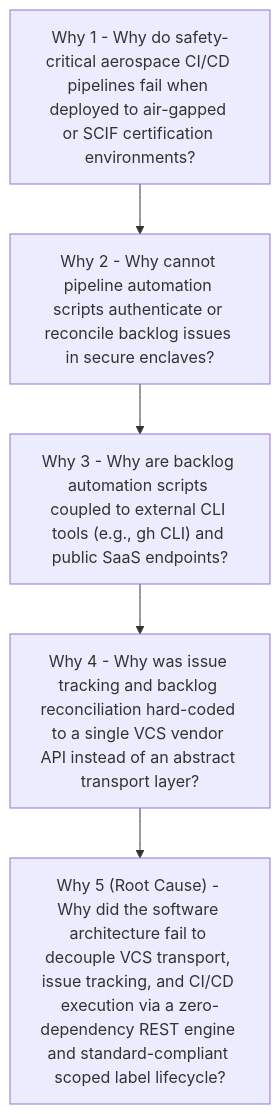
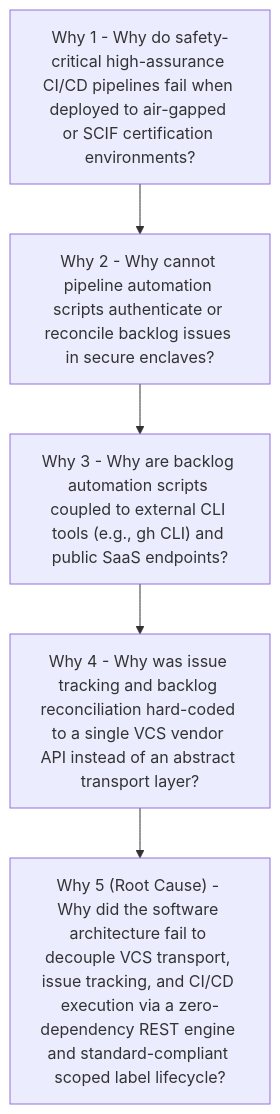
The second of 19 diagrams in docs/architecture/blueprints/MULTI_PROVIDER_GITLAB_INFRASTRUCTURE_ARCHITECTURE.md (gintatkinson/DEAP-profile-flutter-app), drawn with Mermaid before and after one commit. The commit also changed other lines of this file and 6949 other files, not shown here.

````diff
--- a/docs/architecture/blueprints/MULTI_PROVIDER_GITLAB_INFRASTRUCTURE_ARCHITECTURE.md
+++ b/docs/architecture/blueprints/MULTI_PROVIDER_GITLAB_INFRASTRUCTURE_ARCHITECTURE.md
@@ -96,13 +123,13 @@
 ```mermaid
 flowchart TD
-    W1["Why 1 - Why do safety-critical aerospace CI/CD pipelines fail when deployed to air-gapped or SCIF certification environments?"]
+    W1["Why 1 - Why do safety-critical high-assurance CI/CD pipelines fail when deployed to air-gapped or SCIF certification environments?"]
     W2["Why 2 - Why cannot pipeline automation scripts authenticate or reconcile backlog issues in secure enclaves?"]
     W3["Why 3 - Why are backlog automation scripts coupled to external CLI tools (e.g., gh CLI) and public SaaS endpoints?"]
     W4["Why 4 - Why was issue tracking and backlog reconciliation hard-coded to a single VCS vendor API instead of an abstract transport layer?"]
     W5["Why 5 (Root Cause) - Why did the software architecture fail to decouple VCS transport, issue tracking, and CI/CD execution via a zero-dependency REST engine and standard-compliant scoped label lifecycle?"]
 
     W1 --> W2
     W2 --> W3
     W3 --> W4
     W4 --> W5
 ```
````
